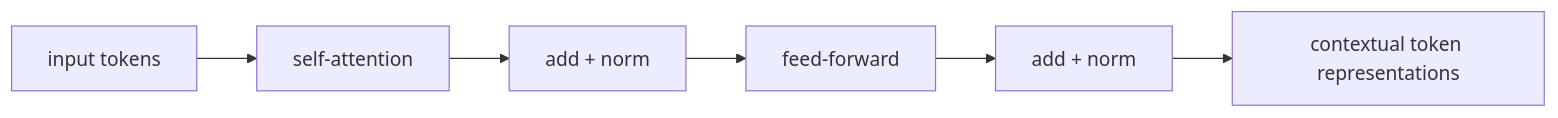
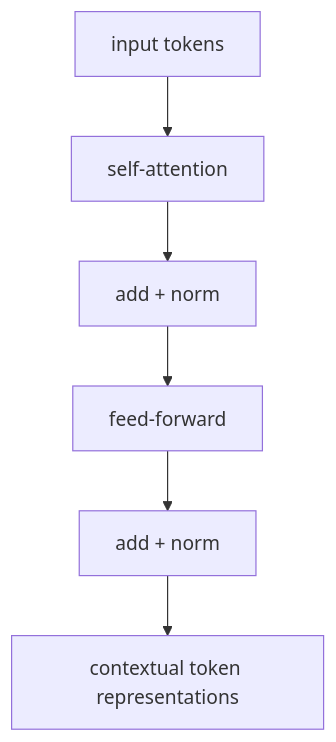
The diagram in docs/parts/part-04/chapter-14/section-01.md (devchan64/AiBook), drawn with Mermaid before and after one commit. The commit also changed 35 other files, not shown here.

Commit message:
docs(part-04,part-05): strengthen cases and diagrams

````diff
--- a/docs/parts/part-04/chapter-14/section-01.md
+++ b/docs/parts/part-04/chapter-14/section-01.md
@@ -104,11 +104,15 @@
 ```mermaid
-flowchart LR
+flowchart TD
   A["input tokens"]
   B["self-attention"]
   C["add + norm"]
   D["feed-forward"]
   E["add + norm"]
   F["contextual token representations"]
 
-  A --> B --> C --> D --> E --> F
+  A --> B
+  B --> C
+  C --> D
+  D --> E
+  E --> F
 ```
````
